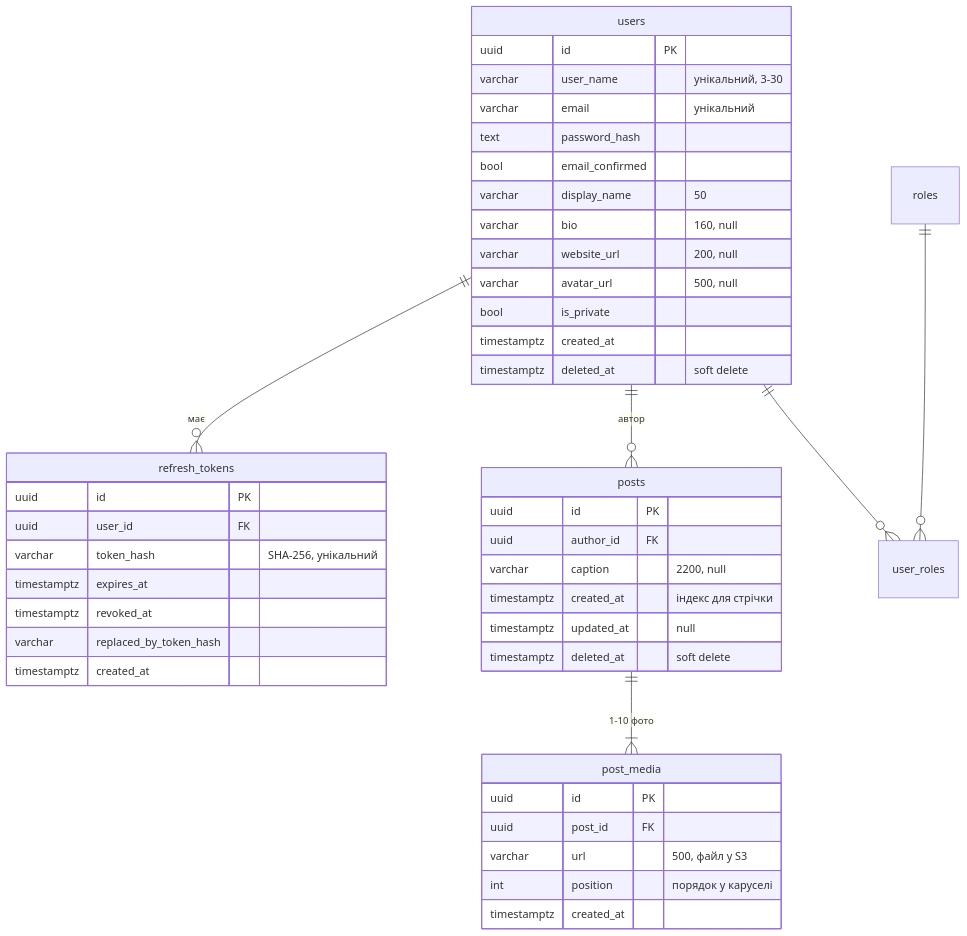
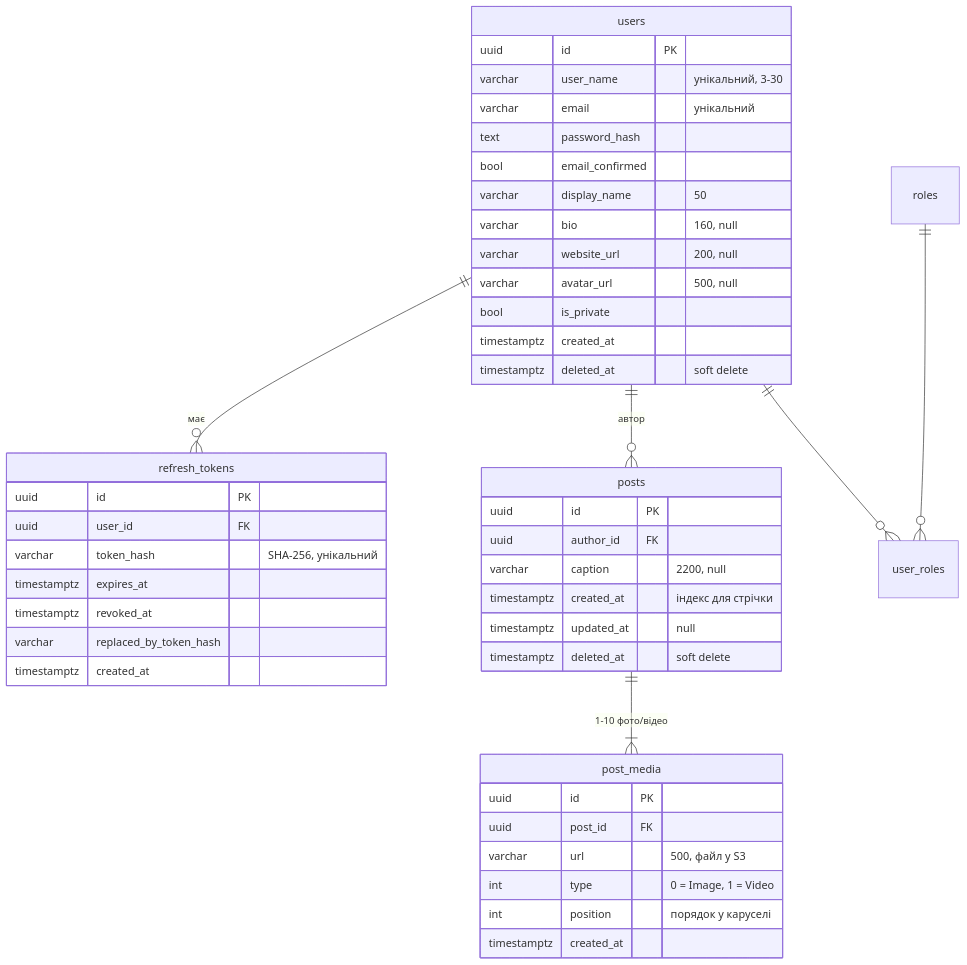
The third of 3 diagrams in docs/architecture.md (oket23/Social-Network-Backend), drawn with Mermaid before and after one commit. The commit also changed other lines of this file and 14 other files, not shown here.

````diff
--- a/docs/architecture.md
+++ b/docs/architecture.md
@@ -142,47 +142,48 @@
 ```mermaid
 erDiagram
     users ||--o{ refresh_tokens : "має"
     users ||--o{ posts : "автор"
-    posts ||--|{ post_media : "1-10 фото"
+    posts ||--|{ post_media : "1-10 фото/відео"
     users ||--o{ user_roles : ""
     roles ||--o{ user_roles : ""
 
     users {
         uuid id PK
         varchar user_name "унікальний, 3-30"
         varchar email "унікальний"
         text password_hash
         bool email_confirmed
         varchar display_name "50"
         varchar bio "160, null"
         varchar website_url "200, null"
         varchar avatar_url "500, null"
         bool is_private
         timestamptz created_at
         timestamptz deleted_at "soft delete"
     }
     refresh_tokens {
         uuid id PK
         uuid user_id FK
         varchar token_hash "SHA-256, унікальний"
         timestamptz expires_at
         timestamptz revoked_at
         varchar replaced_by_token_hash
         timestamptz created_at
     }
     posts {
         uuid id PK
         uuid author_id FK
         varchar caption "2200, null"
         timestamptz created_at "індекс для стрічки"
         timestamptz updated_at "null"
         timestamptz deleted_at "soft delete"
     }
     post_media {
         uuid id PK
         uuid post_id FK
         varchar url "500, файл у S3"
+        int type "0 = Image, 1 = Video"
         int position "порядок у каруселі"
         timestamptz created_at
     }
 ```
````
